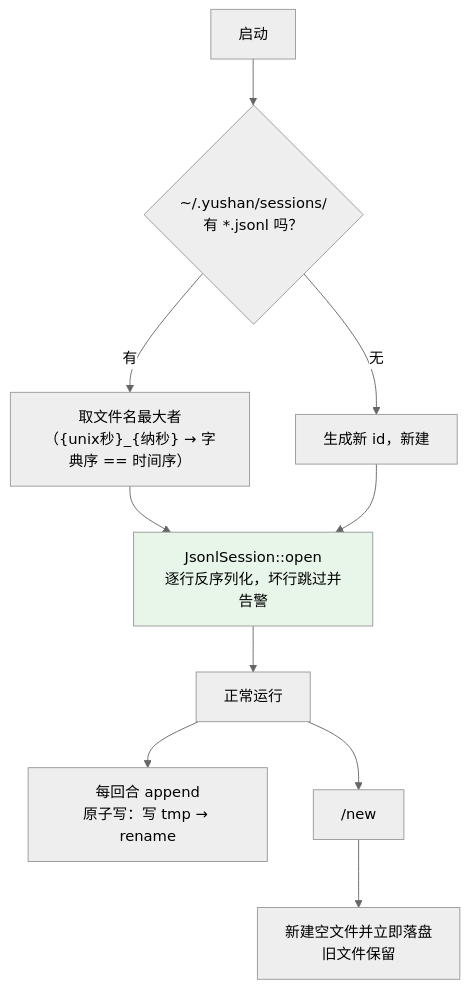
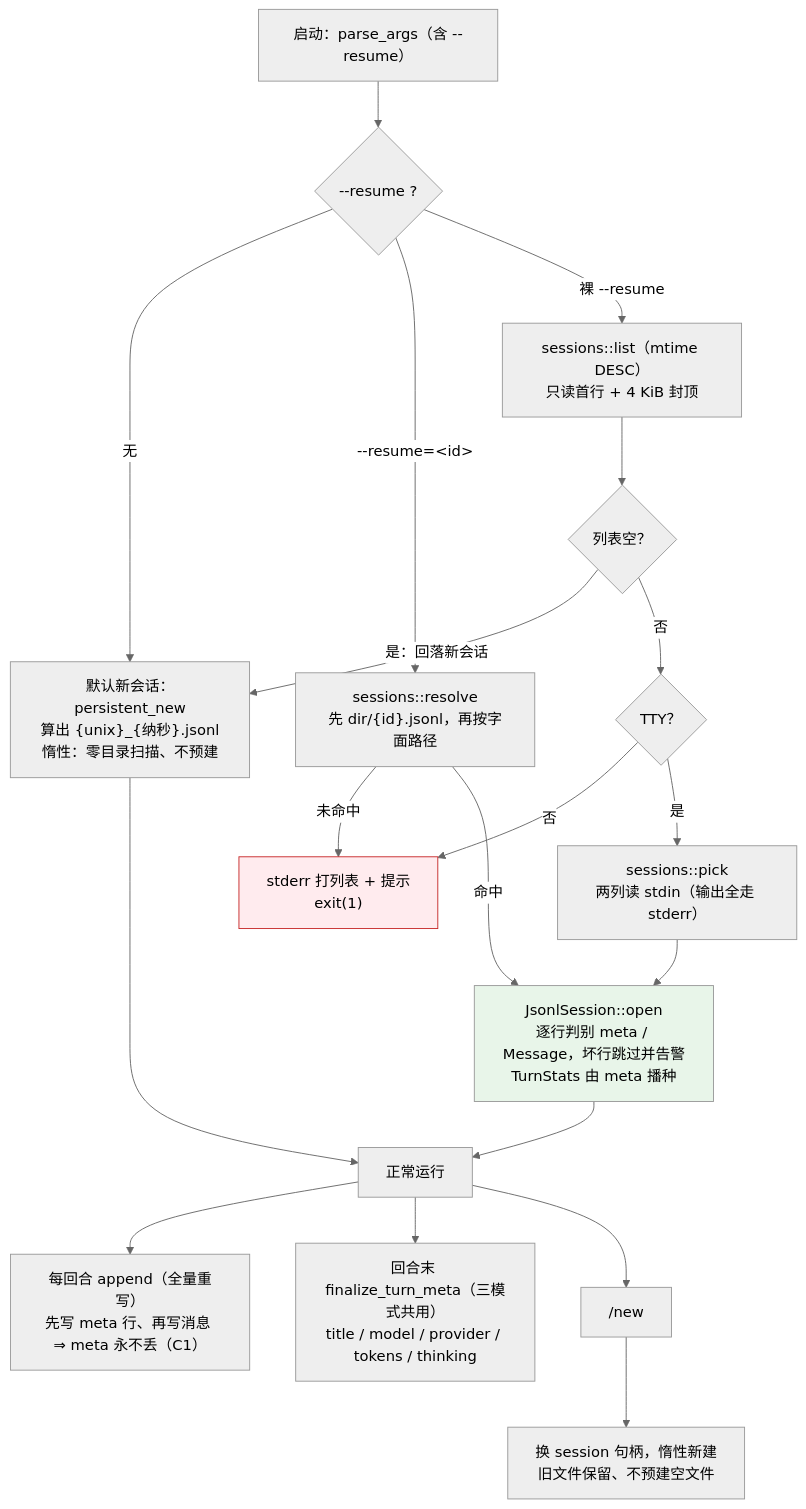
One commit to zsdfbb/YuShan changed diagram 13 of 15 in docs/architecture.md. Above: the diagram before and after it, drawn with Mermaid (neutral theme). The commit also changed other lines of this file and 22 other files, not shown here.

````diff
--- a/docs/architecture.md
+++ b/docs/architecture.md
@@ -581,14 +597,27 @@
 ```mermaid
 flowchart TB
-    START["启动"] --> DIR{"~/.yushan/sessions/<br/>有 *.jsonl 吗？"}
-    DIR -->|有| LATEST["取文件名最大者<br/>（{unix秒}_{纳秒} → 字典序 == 时间序）"]
-    DIR -->|无| CREATE["生成新 id，新建"]
-    LATEST --> LOAD["JsonlSession::open<br/>逐行反序列化，坏行跳过并告警"]
-    CREATE --> LOAD
-    LOAD --> RUN["正常运行"]
+    START["启动：parse_args（含 --resume）"] --> R{"--resume ?"}
 
-    RUN --> APPEND["每回合 append<br/>原子写：写 tmp → rename"]
-    RUN --> NEWCMD["/new"] --> NEWSESS["新建空文件并立即落盘<br/>旧文件保留"]
+    R -->|无| NEW["默认新会话：persistent_new<br/>算出 {unix}_{纳秒}.jsonl<br/>惰性：零目录扫描、不预建"]
+    R -->|"--resume=&lt;id&gt;"| RES["sessions::resolve<br/>先 dir/{id}.jsonl，再按字面路径"]
+    R -->|"裸 --resume"| LIST["sessions::list（mtime DESC）<br/>只读首行 + 4 KiB 封顶"]
+
+    LIST --> EMPTY{"列表空？"}
+    EMPTY -->|"是：回落新会话"| NEW
+    EMPTY -->|否| TTY{"TTY？"}
+    TTY -->|否| ABORT["stderr 打列表 + 提示<br/>exit(1)"]:::bad
+    TTY -->|是| PICK["sessions::pick<br/>两列读 stdin（输出全走 stderr）"]
+
+    RES -->|未命中| ABORT
+    RES -->|命中| LOAD
+    PICK --> LOAD
+    NEW --> RUN
+
+    LOAD["JsonlSession::open<br/>逐行判别 meta / Message，坏行跳过并告警<br/>TurnStats 由 meta 播种"] --> RUN["正常运行"]
+    RUN --> APPEND["每回合 append（全量重写）<br/>先写 meta 行、再写消息 ⇒ meta 永不丢（C1）"]
+    RUN --> FTM["回合末 finalize_turn_meta（三模式共用）<br/>title / model / provider / tokens / thinking"]
+    RUN --> NEWCMD["/new"] --> NEWSESS["换 session 句柄，惰性新建<br/>旧文件保留、不预建空文件"]
 
     style LOAD fill:#e8f5e9
+    classDef bad fill:#ffebee,stroke:#c62828
 ```
````
